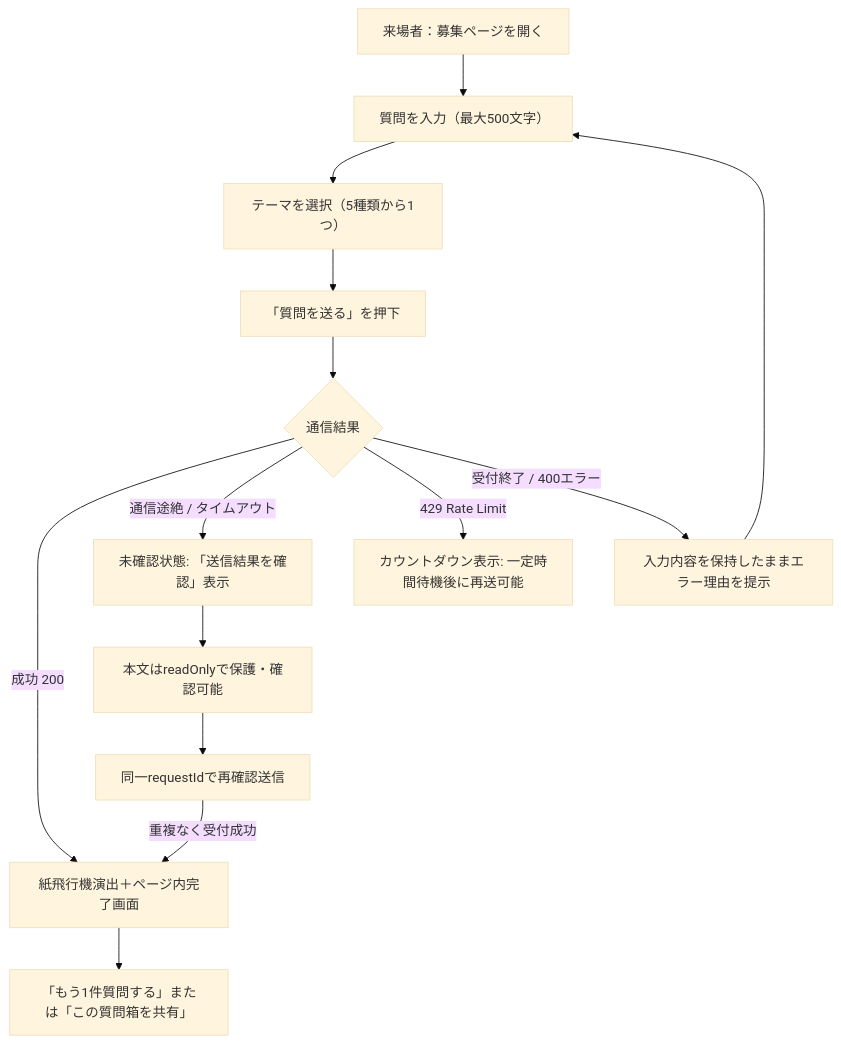
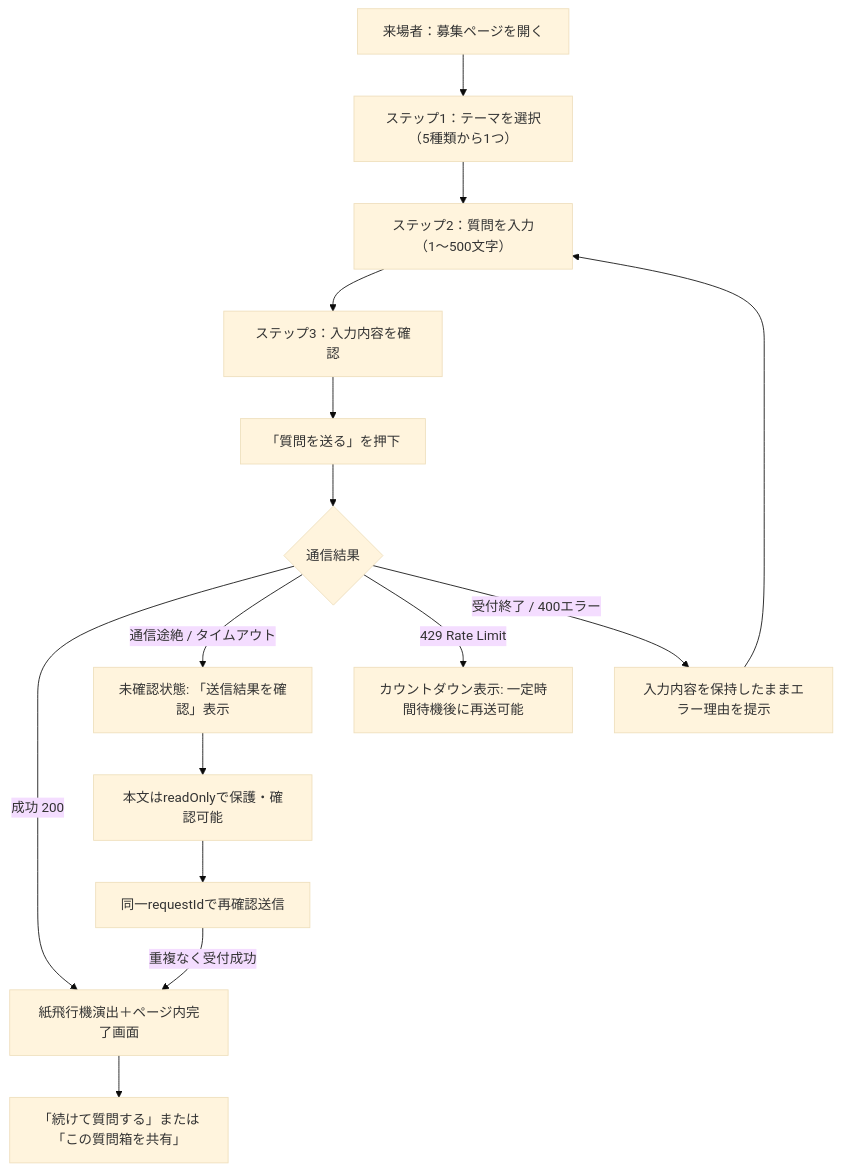
The first of 3 diagrams in docs/UIUXコンポーネント・画面状態仕様書.md (MG-Ambassador/meigaku-question-box), drawn with Mermaid (base theme) before and after one commit. The commit also changed other lines of this file and 27 other files, not shown here.

````diff
--- a/docs/UIUXコンポーネント・画面状態仕様書.md
+++ b/docs/UIUXコンポーネント・画面状態仕様書.md
@@ -44,16 +44,17 @@
 ```mermaid
 graph TD
-    A[来場者：募集ページを開く] --> B[質問を入力（最大500文字）]
-    B --> C[テーマを選択（5種類から1つ）]
-    C --> D[「質問を送る」を押下]
-    D --> E{通信結果}
-    E -->|成功 200| F[紙飛行機演出＋ページ内完了画面]
-    F --> G[「もう1件質問する」または「この質問箱を共有」]
-    E -->|通信途絶 / タイムアウト| H[未確認状態: 「送信結果を確認」表示]
-    H --> I[本文はreadOnlyで保護・確認可能]
-    I --> J[同一requestIdで再確認送信]
-    J -->|重複なく受付成功| F
-    E -->|429 Rate Limit| K[カウントダウン表示: 一定時間待機後に再送可能]
-    E -->|受付終了 / 400エラー| L[入力内容を保持したままエラー理由を提示]
-    L --> B
+    A["来場者：募集ページを開く"] --> B["ステップ1：テーマを選択（5種類から1つ）"]
+    B --> C["ステップ2：質問を入力（1〜500文字）"]
+    C --> D["ステップ3：入力内容を確認"]
+    D --> E["「質問を送る」を押下"]
+    E --> F{通信結果}
+    F -->|成功 200| G["紙飛行機演出＋ページ内完了画面"]
+    G --> H["「続けて質問する」または「この質問箱を共有」"]
+    F -->|通信途絶 / タイムアウト| I["未確認状態: 「送信結果を確認」表示"]
+    I --> J["本文はreadOnlyで保護・確認可能"]
+    J --> K["同一requestIdで再確認送信"]
+    K -->|重複なく受付成功| G
+    F -->|429 Rate Limit| L["カウントダウン表示: 一定時間待機後に再送可能"]
+    F -->|受付終了 / 400エラー| M["入力内容を保持したままエラー理由を提示"]
+    M --> C
 ```
````
